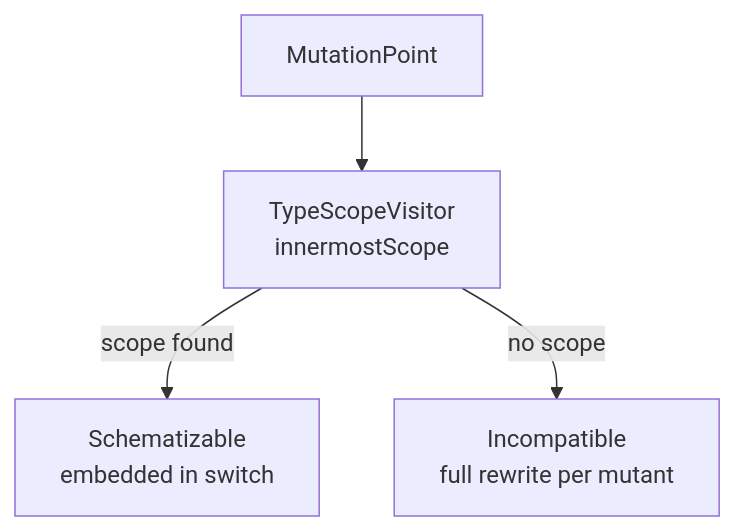
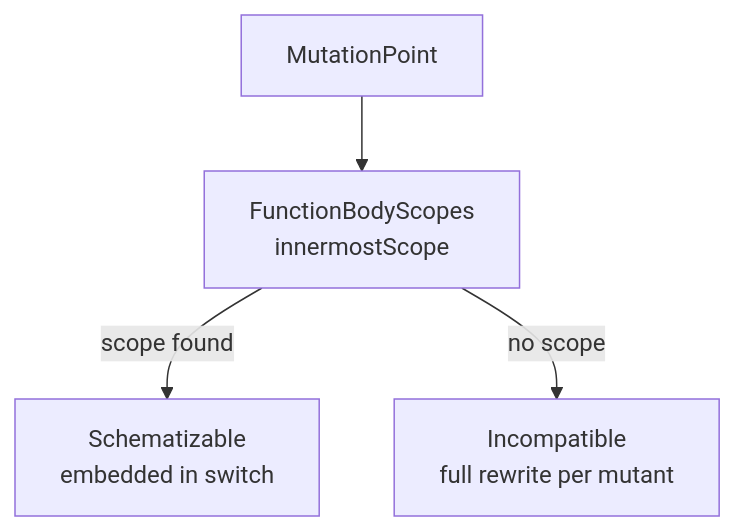
The first of 2 diagrams in Docs/Architecture/05-schematization.md (ericodx/swift-mutation-testing), drawn with Mermaid before and after one commit. The commit also changed other lines of this file and 4 other files, not shown here.

Commit message:
docs: drop the removed hasher and visitor methods and say where the scope lookups live

````diff
--- a/Docs/Architecture/05-schematization.md
+++ b/Docs/Architecture/05-schematization.md
@@ -15,6 +15,6 @@
 ```mermaid
 flowchart TD
-    MP[MutationPoint] --> TSV[TypeScopeVisitor\ninnermostScope]
+    MP[MutationPoint] --> TSV[FunctionBodyScopes\ninnermostScope]
     TSV -- scope found --> SCHEMA[Schematizable\nembedded in switch]
     TSV -- no scope --> INCOMPAT[Incompatible\nfull rewrite per mutant]
 ```
````
